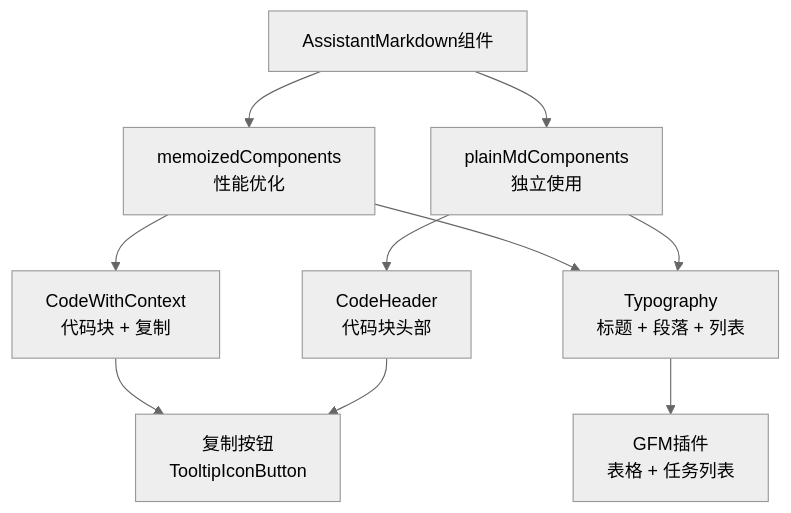
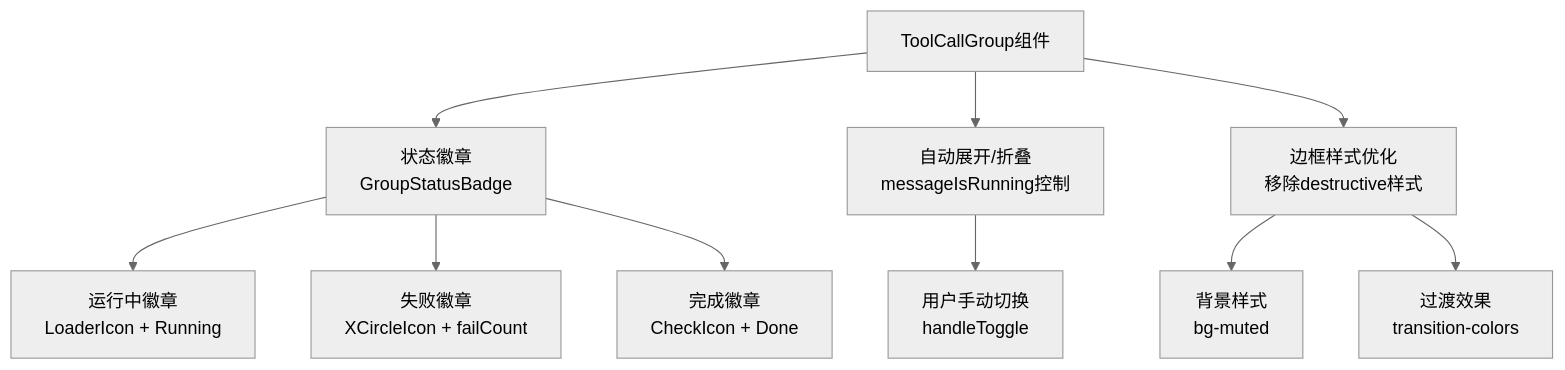
The fifth of 16 diagrams in .qoder/repowiki/zh/content/Web界面/WebChat界面/WebChat界面.md (verse-ai-org/openclaw), drawn with Mermaid (neutral theme) before and after one commit. The commit also changed other lines of this file and 12 other files, not shown here.

````diff
--- a/.qoder/repowiki/zh/content/Web界面/WebChat界面/WebChat界面.md
+++ b/.qoder/repowiki/zh/content/Web界面/WebChat界面/WebChat界面.md
@@ -341,12 +323,12 @@
 ```mermaid
 flowchart TD
-AssistantMarkdown["AssistantMarkdown组件"] --> MemoizedComponents["memoizedComponents<br/>性能优化"]
-AssistantMarkdown --> PlainComponents["plainMdComponents<br/>独立使用"]
-MemoizedComponents --> CodeWithContext["CodeWithContext<br/>代码块 + 复制"]
-PlainComponents --> CodeHeader["CodeHeader<br/>代码块头部"]
-MemoizedComponents --> Typography["Typography<br/>标题 + 段落 + 列表"]
-PlainComponents --> Typography
-CodeWithContext --> CopyButton["复制按钮<br/>TooltipIconButton"]
-CodeHeader --> CopyButton
-Typography --> GFMPlugins["GFM插件<br/>表格 + 任务列表"]
+ToolCallGroup["ToolCallGroup组件"] --> StatusBadge["状态徽章<br/>GroupStatusBadge"]
+StatusBadge --> RunningBadge["运行中徽章<br/>LoaderIcon + Running"]
+StatusBadge --> FailedBadge["失败徽章<br/>XCircleIcon + failCount"]
+StatusBadge --> DoneBadge["完成徽章<br/>CheckIcon + Done"]
+ToolCallGroup --> AutoCollapse["自动展开/折叠<br/>messageIsRunning控制"]
+AutoCollapse --> UserToggle["用户手动切换<br/>handleToggle"]
+ToolCallGroup --> BorderStyle["边框样式优化<br/>移除destructive样式"]
+BorderStyle --> BackgroundStyle["背景样式<br/>bg-muted"]
+BorderStyle --> TransitionStyle["过渡效果<br/>transition-colors"]
 ```
````
